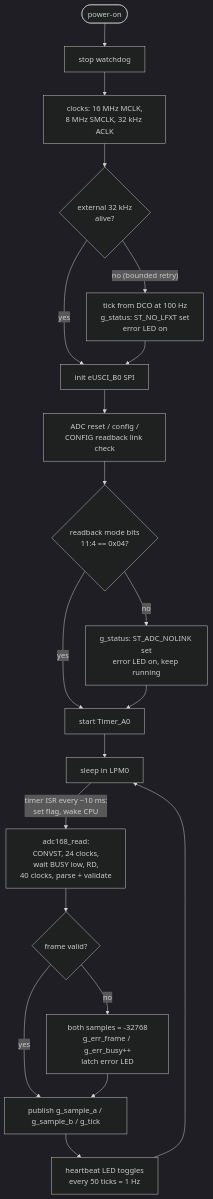
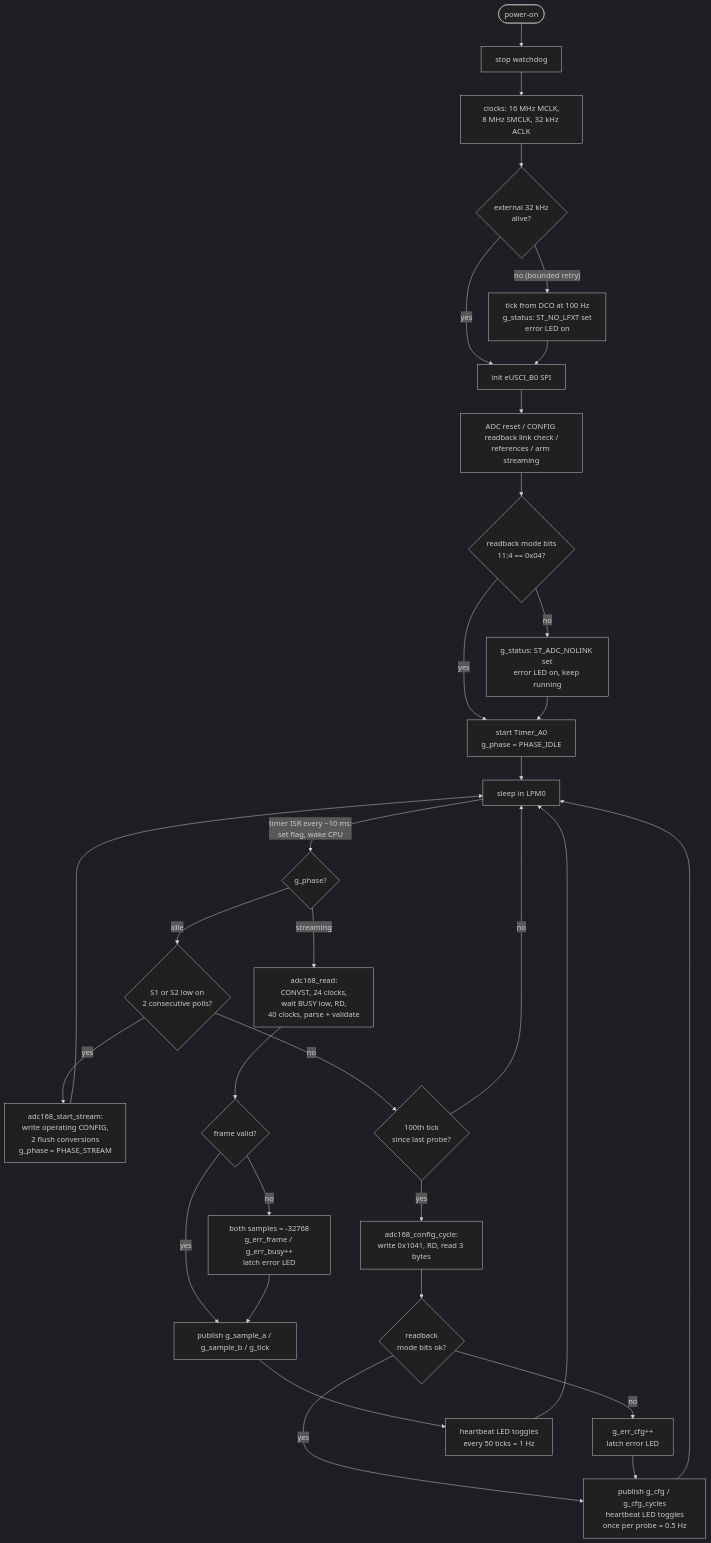
The third of 13 diagrams in docs/DESIGN.md (S-OConnor/MSP430_TestRepo), drawn with Mermaid (dark theme) before and after one commit. The commit also changed other lines of this file and 12 other files, not shown here.

Commit message:
loop on read write configuration register

````diff
--- a/docs/DESIGN.md
+++ b/docs/DESIGN.md
@@ -169,19 +193,30 @@
 ```mermaid
 flowchart TD
     PO([power-on]) --> WDT["stop watchdog"]
     WDT --> CLK["clocks: 16 MHz MCLK,<br/>8 MHz SMCLK, 32 kHz ACLK"]
     CLK --> LFXT{"external 32 kHz<br/>alive?"}
     LFXT -->|yes| SPI
     LFXT -->|"no (bounded retry)"| FB["tick from DCO at 100 Hz<br/>g_status: ST_NO_LFXT set<br/>error LED on"] --> SPI
-    SPI["init eUSCI_B0 SPI"] --> AINIT["ADC reset / config /<br/>CONFIG readback link check"]
+    SPI["init eUSCI_B0 SPI"] --> AINIT["ADC reset / CONFIG readback link check /<br/>references / arm streaming"]
     AINIT --> OK{"readback mode bits<br/>11:4 == 0x04?"}
     OK -->|yes| T0
     OK -->|no| NOLINK["g_status: ST_ADC_NOLINK set<br/>error LED on, keep running"] --> T0
-    T0["start Timer_A0"] --> SLEEP
+    T0["start Timer_A0<br/>g_phase = PHASE_IDLE"] --> SLEEP
 
-    SLEEP["sleep in LPM0"] -->|"timer ISR every ~10 ms:<br/>set flag, wake CPU"| READ
-    READ["adc168_read:<br/>CONVST, 24 clocks,<br/>wait BUSY low, RD,<br/>40 clocks, parse + validate"] --> VALID{"frame valid?"}
+    SLEEP["sleep in LPM0"] -->|"timer ISR every ~10 ms:<br/>set flag, wake CPU"| PHASE{"g_phase?"}
+
+    PHASE -->|idle| BTN{"S1 or S2 low on<br/>2 consecutive polls?"}
+    BTN -->|yes| ARM["adc168_start_stream:<br/>write operating CONFIG,<br/>2 flush conversions<br/>g_phase = PHASE_STREAM"] --> SLEEP
+    BTN -->|no| NTH{"100th tick<br/>since last probe?"}
+    NTH -->|no| SLEEP
+    NTH -->|yes| PROBE["adc168_config_cycle:<br/>write 0x1041, RD, read 3 bytes"] --> CFGOK{"readback<br/>mode bits ok?"}
+    CFGOK -->|yes| IDLED
+    CFGOK -->|no| CFGERR["g_err_cfg++<br/>latch error LED"] --> IDLED
+    IDLED["publish g_cfg / g_cfg_cycles<br/>heartbeat LED toggles<br/>once per probe = 0.5 Hz"] --> SLEEP
+
+    PHASE -->|streaming| READ["adc168_read:<br/>CONVST, 24 clocks,<br/>wait BUSY low, RD,<br/>40 clocks, parse + validate"]
+    READ --> VALID{"frame valid?"}
     VALID -->|yes| PUB["publish g_sample_a / g_sample_b / g_tick"]
     VALID -->|no| ERR["both samples = -32768<br/>g_err_frame / g_err_busy++<br/>latch error LED"] --> PUB
     PUB --> LEDS["heartbeat LED toggles<br/>every 50 ticks = 1 Hz"] --> SLEEP
 ```
````
